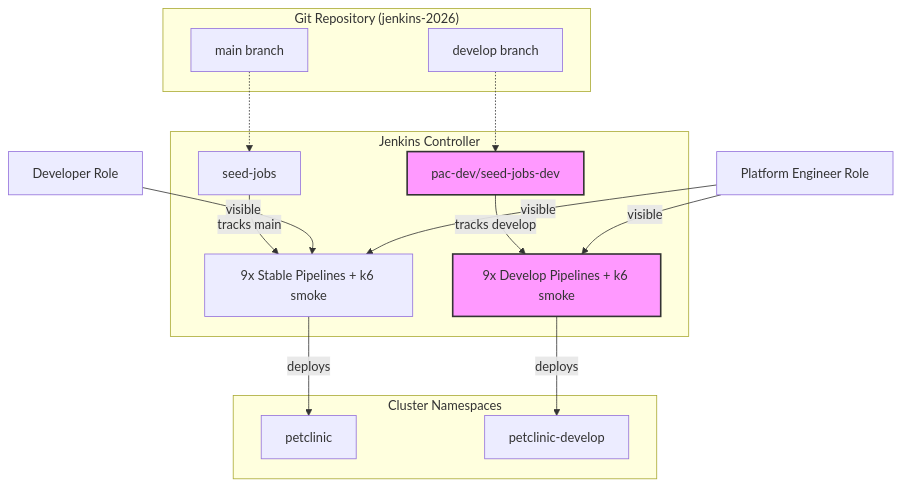
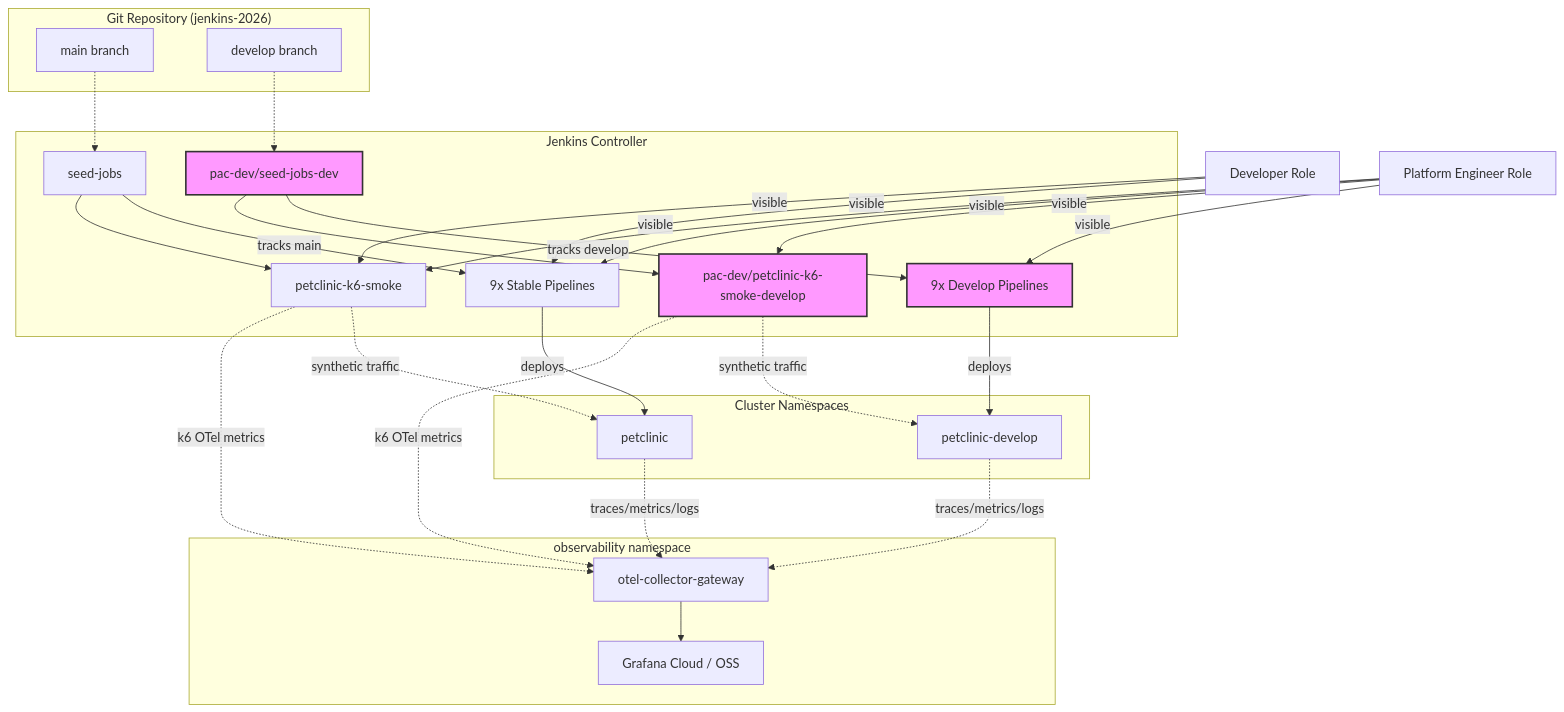
One commit to nubenetes/jenkins-2026 changed the first of 2 diagrams in README.md. Above: the diagram before and after it, drawn with Mermaid. The commit also changed other lines of this file and 12 other files, not shown here.

First line of the commit message:
feat(observability): k6 Grafana dashboard, run analysis + link, PetClinic URL banner

````diff
--- a/README.md
+++ b/README.md
@@ -290,24 +322,43 @@
 ```mermaid
 graph TD
     subgraph "Jenkins Controller"
-        SJ[seed-jobs] --> |tracks main| SP[9x Stable Pipelines + k6 smoke]
-        SJD[pac-dev/seed-jobs-dev] --> |tracks develop| DP[9x Develop Pipelines + k6 smoke]
+        SJ[seed-jobs] --> |tracks main| SP[9x Stable Pipelines]
+        SJ --> K6S[petclinic-k6-smoke]
+        SJD[pac-dev/seed-jobs-dev] --> |tracks develop| DP[9x Develop Pipelines]
+        SJD --> K6D[pac-dev/petclinic-k6-smoke-develop]
     end
 
     subgraph "Cluster Namespaces"
         SP --> |deploys| NS_S[petclinic]
         DP --> |deploys| NS_D[petclinic-develop]
+        K6S -. synthetic traffic .-> NS_S
+        K6D -. synthetic traffic .-> NS_D
     end
 
     subgraph "Git Repository (jenkins-2026)"
         R_M[main branch] -.-> SJ
         R_D[develop branch] -.-> SJD
     end
 
+    subgraph "observability namespace"
+        OTEL[otel-collector-gateway]
+        GRAFANA[Grafana Cloud / OSS]
+        OTEL --> GRAFANA
+    end
+
+    NS_S -. traces/metrics/logs .-> OTEL
+    NS_D -. traces/metrics/logs .-> OTEL
+    K6S -. k6 OTel metrics .-> OTEL
+    K6D -. k6 OTel metrics .-> OTEL
+
     role_dev[Developer Role] --> |visible| SP
+    role_dev --> |visible| K6S
     role_pe[Platform Engineer Role] --> |visible| DP
+    role_pe --> |visible| K6D
     role_pe --> |visible| SP
-    
+    role_pe --> |visible| K6S
+
     style DP fill:#f9f,stroke:#333,stroke-width:2px
     style SJD fill:#f9f,stroke:#333,stroke-width:2px
+    style K6D fill:#f9f,stroke:#333,stroke-width:2px
 ```
````
